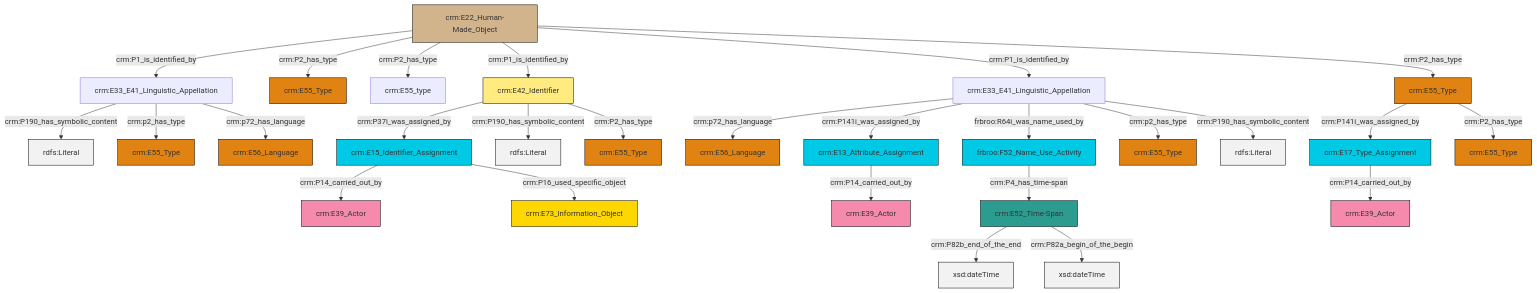
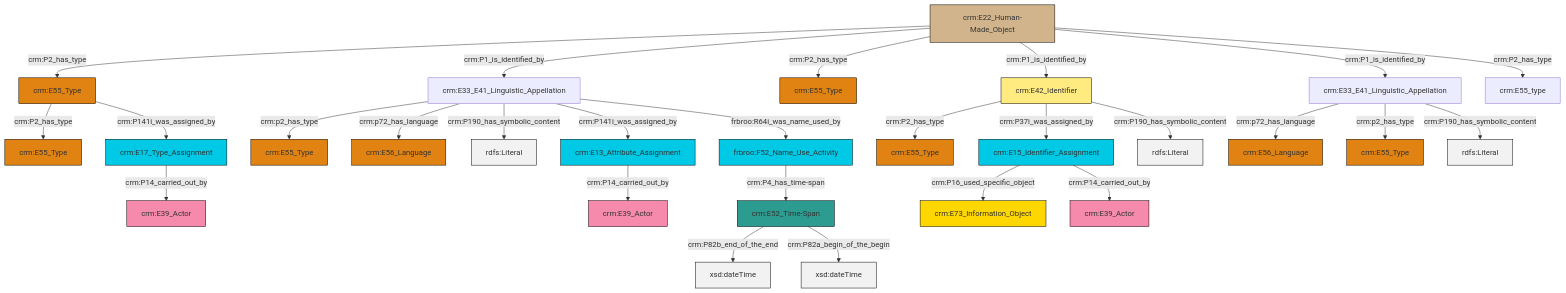
The diagram in et/builtWorkCSV/ttl/mmd/Built_Work_Names.ttl.mmd (ncarboni/srdm), drawn with Mermaid before and after one commit. The commit also changed 131 other files, not shown here.

```diff
--- a/et/builtWorkCSV/ttl/mmd/Built_Work_Names.ttl.mmd
+++ b/et/builtWorkCSV/ttl/mmd/Built_Work_Names.ttl.mmd
@@ -1,41 +1,41 @@
 graph TD
 classDef Literal fill:#f2f2f2,stroke:#000000;
 classDef CRM_Entity fill:#FFFFFF,stroke:#000000;
 classDef Temporal_Entity fill:#00C9E6, stroke:#000000;
 classDef Type fill:#E18312, stroke:#000000;
 classDef Time-Span fill:#2C9C91, stroke:#000000;
 classDef Appellation fill:#FFEB7F, stroke:#000000;
 classDef Place fill:#008836, stroke:#000000;
 classDef Persistent_Item fill:#B266B2, stroke:#000000;
 classDef Conceptual_Object fill:#FFD700, stroke:#000000;
 classDef Physical_Thing fill:#D2B48C, stroke:#000000;
 classDef Actor fill:#f58aad, stroke:#000000;
 classDef PC_Classes fill:#4ce600, stroke:#000000;
 classDef Multi fill:#cccccc,stroke:#000000;
 
-0["crm:E22_Human-Made_Object"]:::Physical_Thing -->|crm:P1_is_identified_by| 1["crm:E33_E41_Linguistic_Appellation"]:::Default
-2["crm:E15_Identifier_Assignment"]:::Temporal_Entity -->|crm:P14_carried_out_by| 3["crm:E39_Actor"]:::Actor
-6["crm:E42_Identifier"]:::Appellation -->|crm:P37i_was_assigned_by| 2["crm:E15_Identifier_Assignment"]:::Temporal_Entity
-7["crm:E55_Type"]:::Type -->|crm:P141i_was_assigned_by| 8["crm:E17_Type_Assignment"]:::Temporal_Entity
-9["crm:E33_E41_Linguistic_Appellation"]:::Default -->|crm:p72_has_language| 10["crm:E56_Language"]:::Type
-1["crm:E33_E41_Linguistic_Appellation"]:::Default -->|crm:P190_has_symbolic_content| 12[rdfs:Literal]:::Literal
-17["crm:E52_Time-Span"]:::Time-Span -->|crm:P82b_end_of_the_end| 19[xsd:dateTime]:::Literal
-2["crm:E15_Identifier_Assignment"]:::Temporal_Entity -->|crm:P16_used_specific_object| 20["crm:E73_Information_Object"]:::Conceptual_Object
-17["crm:E52_Time-Span"]:::Time-Span -->|crm:P82a_begin_of_the_begin| 23[xsd:dateTime]:::Literal
-26["crm:E13_Attribute_Assignment"]:::Temporal_Entity -->|crm:P14_carried_out_by| 4["crm:E39_Actor"]:::Actor
-9["crm:E33_E41_Linguistic_Appellation"]:::Default -->|crm:P141i_was_assigned_by| 26["crm:E13_Attribute_Assignment"]:::Temporal_Entity
-6["crm:E42_Identifier"]:::Appellation -->|crm:P190_has_symbolic_content| 31[rdfs:Literal]:::Literal
-1["crm:E33_E41_Linguistic_Appellation"]:::Default -->|crm:p2_has_type| 27["crm:E55_Type"]:::Type
-9["crm:E33_E41_Linguistic_Appellation"]:::Default -->|frbroo:R64i_was_name_used_by| 29["frbroo:F52_Name_Use_Activity"]:::Temporal_Entity
-29["frbroo:F52_Name_Use_Activity"]:::Temporal_Entity -->|crm:P4_has_time-span| 17["crm:E52_Time-Span"]:::Time-Span
-1["crm:E33_E41_Linguistic_Appellation"]:::Default -->|crm:p72_has_language| 36["crm:E56_Language"]:::Type
-0["crm:E22_Human-Made_Object"]:::Physical_Thing -->|crm:P2_has_type| 24["crm:E55_Type"]:::Type
-0["crm:E22_Human-Made_Object"]:::Physical_Thing -->|crm:P2_has_type| 32["crm:E55_type"]:::Default
-6["crm:E42_Identifier"]:::Appellation -->|crm:P2_has_type| 38["crm:E55_Type"]:::Type
-0["crm:E22_Human-Made_Object"]:::Physical_Thing -->|crm:P1_is_identified_by| 6["crm:E42_Identifier"]:::Appellation
-9["crm:E33_E41_Linguistic_Appellation"]:::Default -->|crm:p2_has_type| 15["crm:E55_Type"]:::Type
-0["crm:E22_Human-Made_Object"]:::Physical_Thing -->|crm:P1_is_identified_by| 9["crm:E33_E41_Linguistic_Appellation"]:::Default
-0["crm:E22_Human-Made_Object"]:::Physical_Thing -->|crm:P2_has_type| 7["crm:E55_Type"]:::Type
-9["crm:E33_E41_Linguistic_Appellation"]:::Default -->|crm:P190_has_symbolic_content| 48[rdfs:Literal]:::Literal
-8["crm:E17_Type_Assignment"]:::Temporal_Entity -->|crm:P14_carried_out_by| 21["crm:E39_Actor"]:::Actor
-7["crm:E55_Type"]:::Type -->|crm:P2_has_type| 13["crm:E55_Type"]:::Type
+0["crm:E13_Attribute_Assignment"]:::Temporal_Entity -->|crm:P14_carried_out_by| 1["crm:E39_Actor"]:::Actor
+6["crm:E33_E41_Linguistic_Appellation"]:::Default -->|crm:p2_has_type| 7["crm:E55_Type"]:::Type
+10["crm:E22_Human-Made_Object"]:::Physical_Thing -->|crm:P2_has_type| 11["crm:E55_Type"]:::Type
+4["crm:E33_E41_Linguistic_Appellation"]:::Default -->|crm:p72_has_language| 12["crm:E56_Language"]:::Type
+6["crm:E33_E41_Linguistic_Appellation"]:::Default -->|crm:p72_has_language| 17["crm:E56_Language"]:::Type
+10["crm:E22_Human-Made_Object"]:::Physical_Thing -->|crm:P1_is_identified_by| 6["crm:E33_E41_Linguistic_Appellation"]:::Default
+6["crm:E33_E41_Linguistic_Appellation"]:::Default -->|crm:P190_has_symbolic_content| 21[rdfs:Literal]:::Literal
+23["crm:E42_Identifier"]:::Appellation -->|crm:P2_has_type| 8["crm:E55_Type"]:::Type
+31["crm:E15_Identifier_Assignment"]:::Temporal_Entity -->|crm:P16_used_specific_object| 15["crm:E73_Information_Object"]:::Conceptual_Object
+10["crm:E22_Human-Made_Object"]:::Physical_Thing -->|crm:P2_has_type| 34["crm:E55_Type"]:::Type
+23["crm:E42_Identifier"]:::Appellation -->|crm:P37i_was_assigned_by| 31["crm:E15_Identifier_Assignment"]:::Temporal_Entity
+29["crm:E52_Time-Span"]:::Time-Span -->|crm:P82b_end_of_the_end| 38[xsd:dateTime]:::Literal
+6["crm:E33_E41_Linguistic_Appellation"]:::Default -->|crm:P141i_was_assigned_by| 0["crm:E13_Attribute_Assignment"]:::Temporal_Entity
+10["crm:E22_Human-Made_Object"]:::Physical_Thing -->|crm:P1_is_identified_by| 23["crm:E42_Identifier"]:::Appellation
+4["crm:E33_E41_Linguistic_Appellation"]:::Default -->|crm:p2_has_type| 18["crm:E55_Type"]:::Type
+11["crm:E55_Type"]:::Type -->|crm:P2_has_type| 39["crm:E55_Type"]:::Type
+6["crm:E33_E41_Linguistic_Appellation"]:::Default -->|frbroo:R64i_was_name_used_by| 35["frbroo:F52_Name_Use_Activity"]:::Temporal_Entity
+23["crm:E42_Identifier"]:::Appellation -->|crm:P190_has_symbolic_content| 42[rdfs:Literal]:::Literal
+24["crm:E17_Type_Assignment"]:::Temporal_Entity -->|crm:P14_carried_out_by| 2["crm:E39_Actor"]:::Actor
+29["crm:E52_Time-Span"]:::Time-Span -->|crm:P82a_begin_of_the_begin| 46[xsd:dateTime]:::Literal
+35["frbroo:F52_Name_Use_Activity"]:::Temporal_Entity -->|crm:P4_has_time-span| 29["crm:E52_Time-Span"]:::Time-Span
+31["crm:E15_Identifier_Assignment"]:::Temporal_Entity -->|crm:P14_carried_out_by| 43["crm:E39_Actor"]:::Actor
+10["crm:E22_Human-Made_Object"]:::Physical_Thing -->|crm:P1_is_identified_by| 4["crm:E33_E41_Linguistic_Appellation"]:::Default
+10["crm:E22_Human-Made_Object"]:::Physical_Thing -->|crm:P2_has_type| 13["crm:E55_type"]:::Default
+11["crm:E55_Type"]:::Type -->|crm:P141i_was_assigned_by| 24["crm:E17_Type_Assignment"]:::Temporal_Entity
+4["crm:E33_E41_Linguistic_Appellation"]:::Default -->|crm:P190_has_symbolic_content| 50[rdfs:Literal]:::Literal
```
